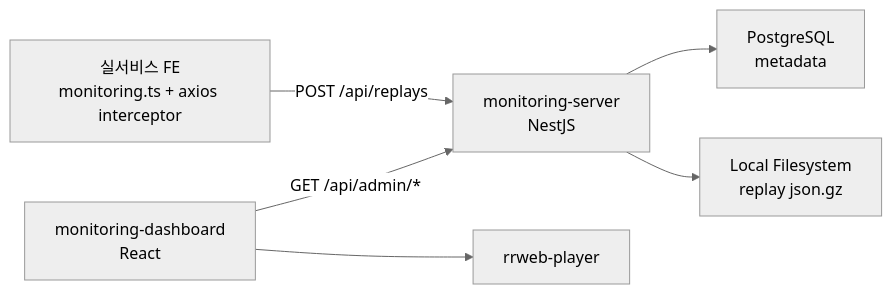
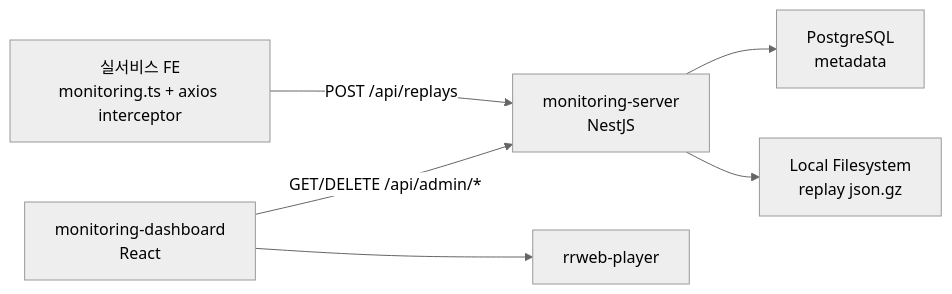
One commit to Chahoo-Front-Project-Collection/barobar-monitoring-server changed the diagram in README.md. Above: the diagram before and after it, drawn with Mermaid (neutral theme). The commit also changed other lines of this file and 1 other file, not shown here.

Commit message:
docs: document admin delete APIs

````diff
--- a/README.md
+++ b/README.md
@@ -64,10 +64,10 @@
 ```mermaid
 flowchart LR
   FE["실서비스 FE<br/>monitoring.ts + axios interceptor"] -->|POST /api/replays| API["monitoring-server<br/>NestJS"]
 
   API --> DB["PostgreSQL<br/>metadata"]
   API --> FS["Local Filesystem<br/>replay json.gz"]
 
-  DASH["monitoring-dashboard<br/>React"] -->|GET /api/admin/*| API
+  DASH["monitoring-dashboard<br/>React"] -->|GET/DELETE /api/admin/*| API
   DASH --> PLAYER["rrweb-player"]
 ```
````
